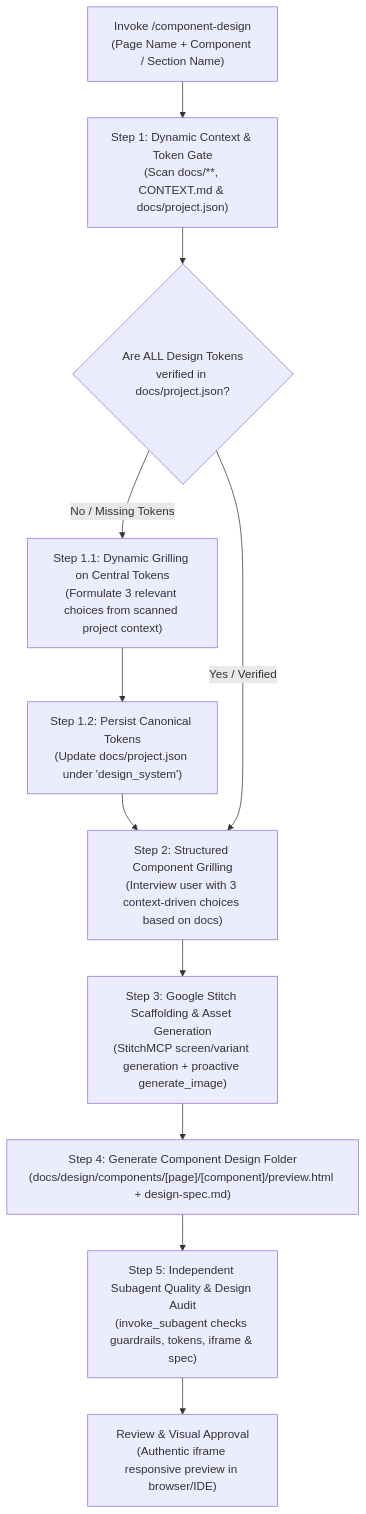
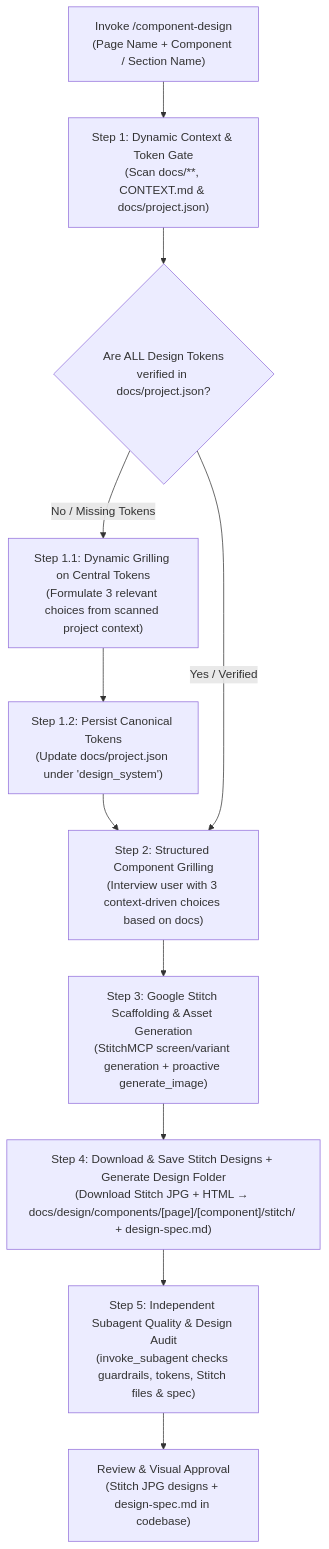
The diagram in .agents/skills/component-design/SKILL.md (BIGboss248/aminwebsite), drawn with Mermaid before and after one commit. The commit also changed other lines of this file and 10 other files, not shown here.

````diff
--- a/.agents/skills/component-design/SKILL.md
+++ b/.agents/skills/component-design/SKILL.md
@@ -25,13 +25,13 @@
 ```mermaid
 flowchart TD
     Start["Invoke /component-design<br/>(Page Name + Component / Section Name)"] --> Step1["Step 1: Dynamic Context & Token Gate<br/>(Scan docs/**, CONTEXT.md & docs/project.json)"]
     Step1 --> CheckTokens{"Are ALL Design Tokens<br/>verified in docs/project.json?"}
     CheckTokens -- "No / Missing Tokens" --> GrillTokens["Step 1.1: Dynamic Grilling on Central Tokens<br/>(Formulate 3 relevant choices from scanned project context)"]
     GrillTokens --> SaveTokens["Step 1.2: Persist Canonical Tokens<br/>(Update docs/project.json under 'design_system')"]
     SaveTokens --> Step2
     CheckTokens -- "Yes / Verified" --> Step2["Step 2: Structured Component Grilling<br/>(Interview user with 3 context-driven choices based on docs)"]
     Step2 --> Step3["Step 3: Google Stitch Scaffolding & Asset Generation<br/>(StitchMCP screen/variant generation + proactive generate_image)"]
-    Step3 --> Step4["Step 4: Generate Component Design Folder<br/>(docs/design/components/[page]/[component]/preview.html + design-spec.md)"]
-    Step4 --> Step5["Step 5: Independent Subagent Quality & Design Audit<br/>(invoke_subagent checks guardrails, tokens, iframe & spec)"]
-    Step5 --> Finish["Review & Visual Approval<br/>(Authentic iframe responsive preview in browser/IDE)"]
+    Step3 --> Step4["Step 4: Download & Save Stitch Designs + Generate Design Folder<br/>(Download Stitch JPG + HTML → docs/design/components/[page]/[component]/stitch/ + design-spec.md)"]
+    Step4 --> Step5["Step 5: Independent Subagent Quality & Design Audit<br/>(invoke_subagent checks guardrails, tokens, Stitch files & spec)"]
+    Step5 --> Finish["Review & Visual Approval<br/>(Stitch JPG designs + design-spec.md in codebase)"]
 ```
````
